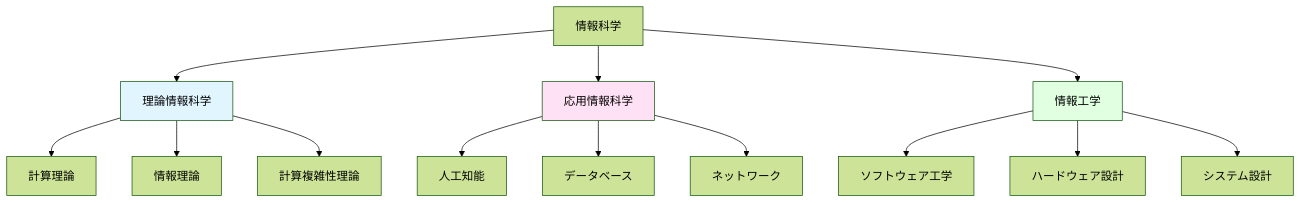
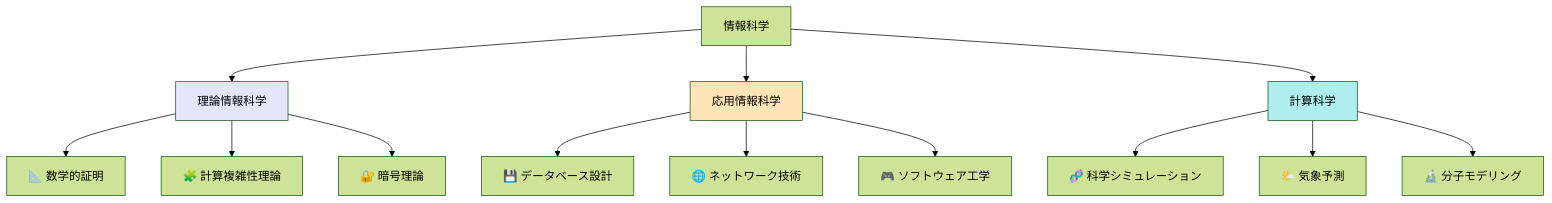
Before and after one commit to SparklingDetergent/doc_genai_mental_model: the ninth of 20 diagrams in AI/BySpecialty/InformationScience/README.MD, drawn with Mermaid (forest theme). The commit also changed other lines of this file, not shown here.

````diff
--- a/AI/BySpecialty/InformationScience/README.MD
+++ b/AI/BySpecialty/InformationScience/README.MD
@@ -266,22 +226,22 @@
 ```mermaid
-graph TD
-    IS[情報科学] --> Theory[理論情報科学]
-    IS --> Applied[応用情報科学]
-    IS --> Engineering[情報工学]
+graph TB
+    A[情報科学] --> B[理論情報科学]
+    A --> C[応用情報科学]
+    A --> D[計算科学]
     
-    Theory --> CT[計算理論]
-    Theory --> IT[情報理論]
-    Theory --> CCT[計算複雑性理論]
+    B --> B1[📐 数学的証明]
+    B --> B2[🧩 計算複雑性理論]
+    B --> B3[🔐 暗号理論]
     
-    Applied --> AI[人工知能]
-    Applied --> DB[データベース]
-    Applied --> NW[ネットワーク]
+    C --> C1[💾 データベース設計]
+    C --> C2[🌐 ネットワーク技術]
+    C --> C3[🎮 ソフトウェア工学]
     
-    Engineering --> SE[ソフトウェア工学]
-    Engineering --> HW[ハードウェア設計]
-    Engineering --> Sys[システム設計]
+    D --> D1[🧬 科学シミュレーション]
+    D --> D2[🌤️ 気象予測]
+    D --> D3[🔬 分子モデリング]
     
-    style Theory fill:#e1f5ff
-    style Applied fill:#ffe1f5
-    style Engineering fill:#e1ffe1
+    style B fill:#E6E6FA
+    style C fill:#FFE4B5
+    style D fill:#AFEEEE
 ```
````
